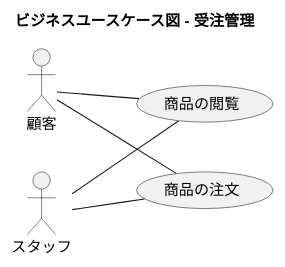
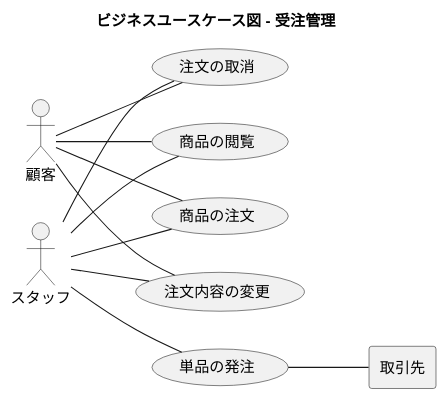
One commit to k2works/application_programing_excercise_2022 changed the sixth of 21 diagrams in docs/index.adoc. Above: the diagram before and after it, drawn with PlantUML. The commit also changed other lines of this file, not shown here.

```diff
--- a/docs/index.adoc
+++ b/docs/index.adoc
@@ -251,22 +252,35 @@
 [plantuml]
 ----
 @startuml
 
 title ビジネスユースケース図 - 受注管理
 
 left to right direction
 
 actor 顧客 as ac_01
 actor スタッフ as ac_02
+agent 取引先 as ag_01
 
 usecase 商品の閲覧 as uc_01
 usecase 商品の注文 as uc_02
+usecase 単品の発注 as uc_03
+usecase 注文内容の変更 as uc_04
+usecase 注文の取消 as uc_05
 
 ac_01 -- (uc_01)
 ac_01 -- (uc_02)
 
 ac_02 -- (uc_01)
 ac_02 -- (uc_02)
 
+ac_02 -- (uc_03)
+(uc_03) -- ag_01
+
+ac_01 -- (uc_04)
+ac_02 -- (uc_04)
+
+ac_01 -- (uc_05)
+ac_02 -- (uc_05)
+
 @enduml
 ----
```
